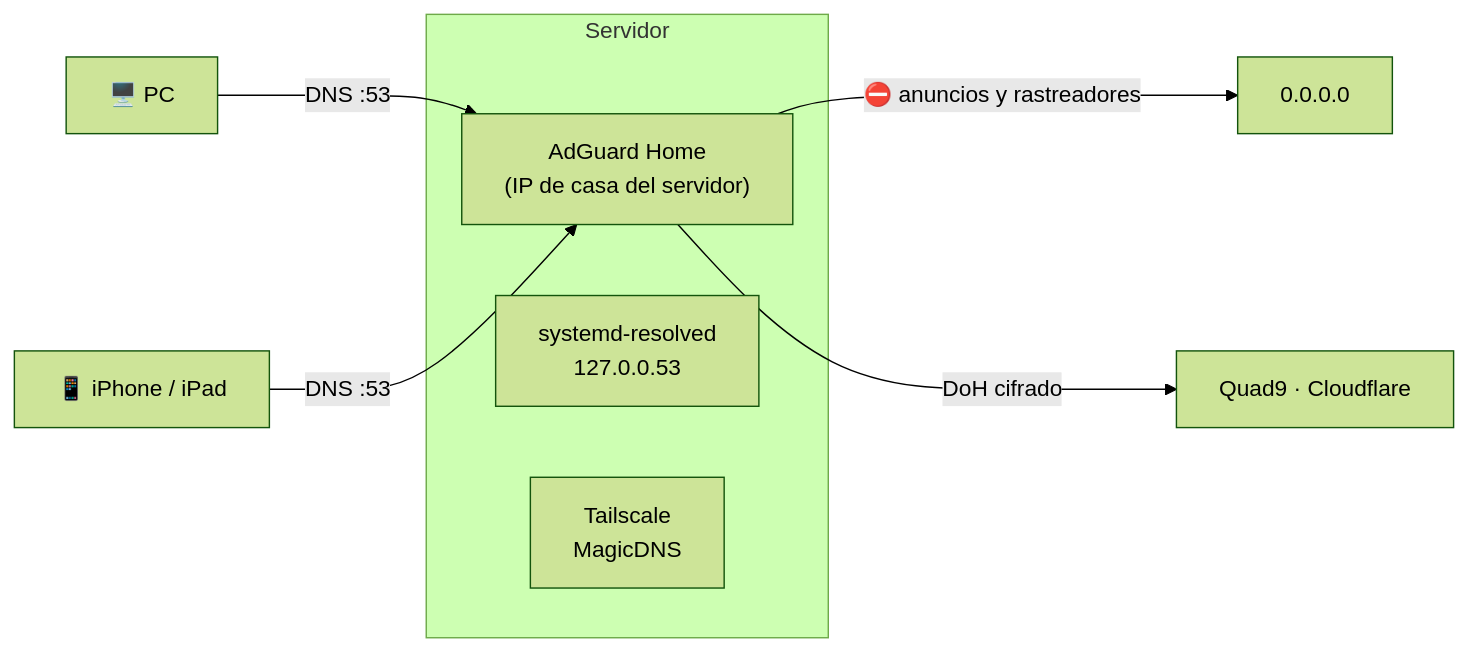
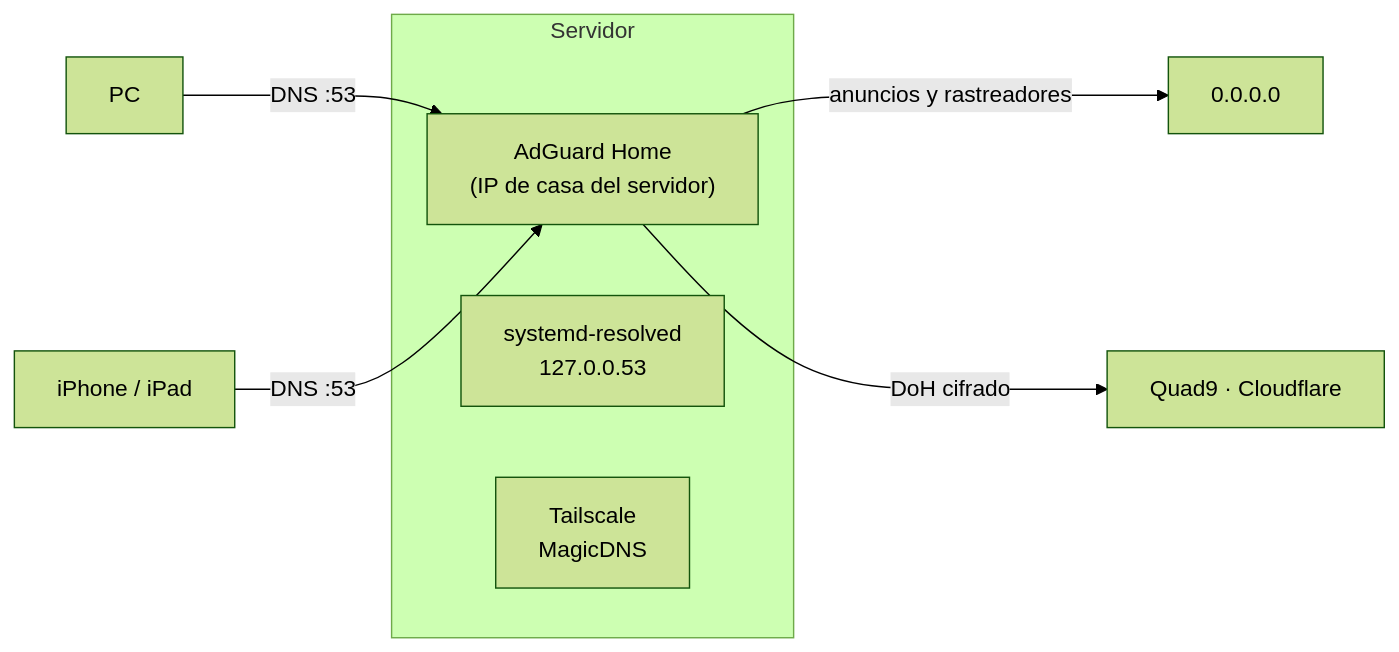
Before and after one commit to m0uwastaken/homelab: the diagram in docs/11-dns-adguard-home.md, drawn with Mermaid (forest theme). The commit also changed 8 other files, not shown here.

First line of the commit message:
Actualiza el diagrama de red con el switch y quita los emojis de los diagramas

````diff
--- a/docs/11-dns-adguard-home.md
+++ b/docs/11-dns-adguard-home.md
@@ -13,12 +13,12 @@
 ```mermaid
 flowchart LR
-    PC["🖥️ PC"] -->|"DNS :53"| AG["AdGuard Home<br/>(IP de casa del servidor)"]
-    MOV["📱 iPhone / iPad"] -->|"DNS :53"| AG
-    AG -->|"⛔ anuncios y rastreadores"| X["0.0.0.0"]
+    PC["PC"] -->|"DNS :53"| AG["AdGuard Home<br/>(IP de casa del servidor)"]
+    MOV["iPhone / iPad"] -->|"DNS :53"| AG
+    AG -->|"anuncios y rastreadores"| X["0.0.0.0"]
     AG -->|"DoH cifrado"| UP["Quad9 · Cloudflare"]
     subgraph SRV["Servidor"]
         AG
         RES["systemd-resolved<br/>127.0.0.53"]
         TS["Tailscale<br/>MagicDNS"]
     end
 ```
````
